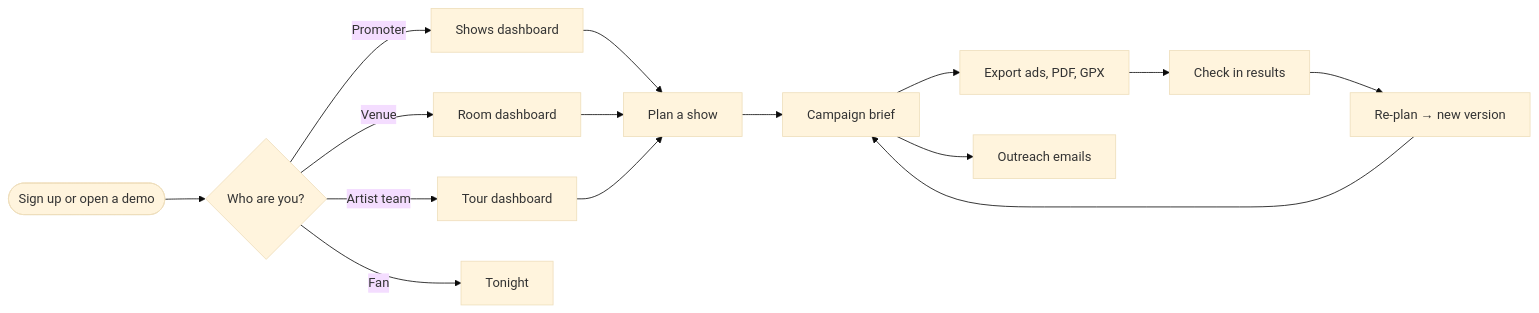
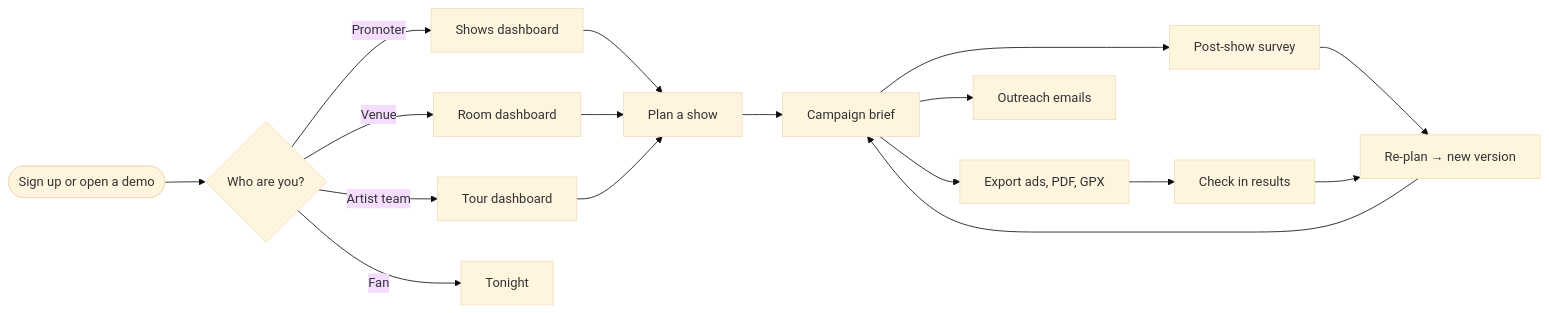
Before and after one commit to 0xhaz/HouseFull: the first of 4 diagrams in README.md, drawn with Mermaid (base theme). The commit also changed other lines of this file and 34 other files, not shown here.

First line of the commit message:
Post-show reviews: survey for organizers, Your nights for fans

````diff
--- a/README.md
+++ b/README.md
@@ -122,15 +124,17 @@
 ```mermaid
 flowchart LR
   A([Sign up or open a demo]) --> B{Who are you?}
   B -->|Promoter| P[Shows dashboard]
   B -->|Venue| V[Room dashboard]
   B -->|Artist team| R[Tour dashboard]
   B -->|Fan| T[Tonight]
   P & V & R --> N[Plan a show]
   N --> BR[Campaign brief]
   BR --> X[Export ads, PDF, GPX]
   BR --> O[Outreach emails]
   X --> RES[Check in results]
+  BR --> SV[Post-show survey]
+  SV --> RP
   RES --> RP[Re-plan → new version]
   RP --> BR
 ```
````
